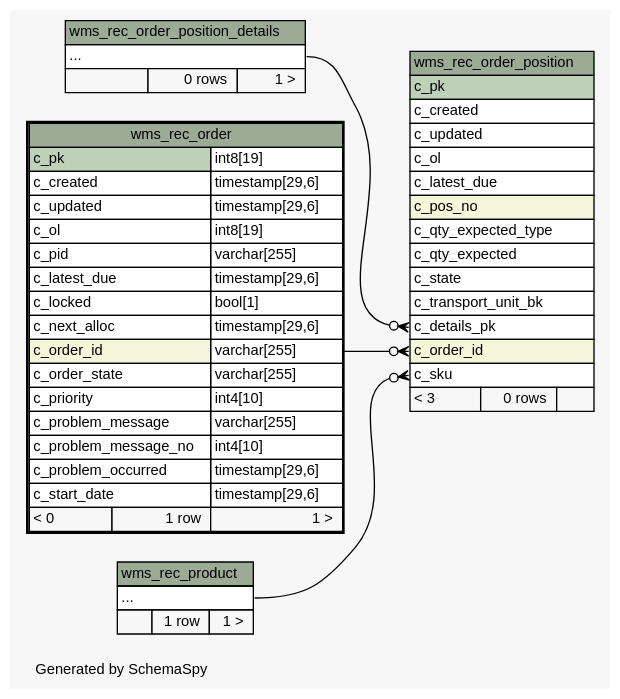
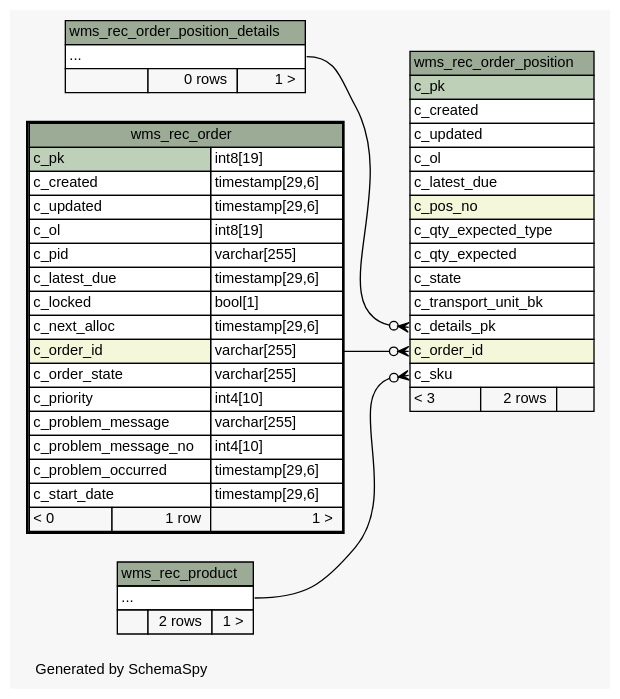
The diagram in schemaspy/diagrams/wms_rec_order.2degrees.dot (openwms/org.openwms.wms.receiving.lib), drawn with Graphviz before and after one commit. The commit also changed 175 other files, not shown here.

```diff
--- a/schemaspy/diagrams/wms_rec_order.2degrees.dot
+++ b/schemaspy/diagrams/wms_rec_order.2degrees.dot
@@ -1,91 +1,91 @@
 // dot 2.36.0 on Linux 4.4.0-101-generic
 // SchemaSpy rev Unknown
 digraph "twoDegreesRelationshipsDiagram" {
   graph [
     rankdir="RL"
     bgcolor="#f7f7f7"
     label="\nGenerated by SchemaSpy"
     labeljust="l"
     nodesep="0.18"
     ranksep="0.46"
     fontname="Helvetica"
     fontsize="11"
   ];
   node [
     fontname="Helvetica"
     fontsize="11"
     shape="plaintext"
   ];
   edge [
     arrowsize="0.8"
   ];
   "wms_rec_order_position":"c_details_pk":w -> "wms_rec_order_position_details":"elipses":e [arrowhead=none dir=back arrowtail=crowodot];
   "wms_rec_order_position":"c_order_id":w -> "wms_rec_order":"c_order_id.type":e [arrowhead=none dir=back arrowtail=crowodot];
   "wms_rec_order_position":"c_sku":w -> "wms_rec_product":"elipses":e [arrowhead=none dir=back arrowtail=crowodot];
   "wms_rec_order" [
     label=<
     <TABLE BORDER="2" CELLBORDER="1" CELLSPACING="0" BGCOLOR="#ffffff">
       <TR><TD COLSPAN="3" BGCOLOR="#9bab96" ALIGN="CENTER">wms_rec_order</TD></TR>
       <TR><TD PORT="c_pk" COLSPAN="2" BGCOLOR="#bed1b8" ALIGN="LEFT">c_pk</TD><TD PORT="c_pk.type" ALIGN="LEFT">int8[19]</TD></TR>
       <TR><TD PORT="c_created" COLSPAN="2" ALIGN="LEFT">c_created</TD><TD PORT="c_created.type" ALIGN="LEFT">timestamp[29,6]</TD></TR>
       <TR><TD PORT="c_updated" COLSPAN="2" ALIGN="LEFT">c_updated</TD><TD PORT="c_updated.type" ALIGN="LEFT">timestamp[29,6]</TD></TR>
       <TR><TD PORT="c_ol" COLSPAN="2" ALIGN="LEFT">c_ol</TD><TD PORT="c_ol.type" ALIGN="LEFT">int8[19]</TD></TR>
       <TR><TD PORT="c_pid" COLSPAN="2" ALIGN="LEFT">c_pid</TD><TD PORT="c_pid.type" ALIGN="LEFT">varchar[255]</TD></TR>
       <TR><TD PORT="c_latest_due" COLSPAN="2" ALIGN="LEFT">c_latest_due</TD><TD PORT="c_latest_due.type" ALIGN="LEFT">timestamp[29,6]</TD></TR>
       <TR><TD PORT="c_locked" COLSPAN="2" ALIGN="LEFT">c_locked</TD><TD PORT="c_locked.type" ALIGN="LEFT">bool[1]</TD></TR>
       <TR><TD PORT="c_next_alloc" COLSPAN="2" ALIGN="LEFT">c_next_alloc</TD><TD PORT="c_next_alloc.type" ALIGN="LEFT">timestamp[29,6]</TD></TR>
       <TR><TD PORT="c_order_id" COLSPAN="2" BGCOLOR="#f4f7da" ALIGN="LEFT">c_order_id</TD><TD PORT="c_order_id.type" ALIGN="LEFT">varchar[255]</TD></TR>
       <TR><TD PORT="c_order_state" COLSPAN="2" ALIGN="LEFT">c_order_state</TD><TD PORT="c_order_state.type" ALIGN="LEFT">varchar[255]</TD></TR>
       <TR><TD PORT="c_priority" COLSPAN="2" ALIGN="LEFT">c_priority</TD><TD PORT="c_priority.type" ALIGN="LEFT">int4[10]</TD></TR>
       <TR><TD PORT="c_problem_message" COLSPAN="2" ALIGN="LEFT">c_problem_message</TD><TD PORT="c_problem_message.type" ALIGN="LEFT">varchar[255]</TD></TR>
       <TR><TD PORT="c_problem_message_no" COLSPAN="2" ALIGN="LEFT">c_problem_message_no</TD><TD PORT="c_problem_message_no.type" ALIGN="LEFT">int4[10]</TD></TR>
       <TR><TD PORT="c_problem_occurred" COLSPAN="2" ALIGN="LEFT">c_problem_occurred</TD><TD PORT="c_problem_occurred.type" ALIGN="LEFT">timestamp[29,6]</TD></TR>
       <TR><TD PORT="c_start_date" COLSPAN="2" ALIGN="LEFT">c_start_date</TD><TD PORT="c_start_date.type" ALIGN="LEFT">timestamp[29,6]</TD></TR>
       <TR><TD ALIGN="LEFT" BGCOLOR="#f7f7f7">&lt; 0</TD><TD ALIGN="RIGHT" BGCOLOR="#f7f7f7">1 row</TD><TD ALIGN="RIGHT" BGCOLOR="#f7f7f7">1 &gt;</TD></TR>
     </TABLE>>
     URL="wms_rec_order.html"
     tooltip="wms_rec_order"
   ];
   "wms_rec_order_position" [
     label=<
     <TABLE BORDER="0" CELLBORDER="1" CELLSPACING="0" BGCOLOR="#ffffff">
       <TR><TD COLSPAN="3" BGCOLOR="#9bab96" ALIGN="CENTER">wms_rec_order_position</TD></TR>
       <TR><TD PORT="c_pk" COLSPAN="3" BGCOLOR="#bed1b8" ALIGN="LEFT">c_pk</TD></TR>
       <TR><TD PORT="c_created" COLSPAN="3" ALIGN="LEFT">c_created</TD></TR>
       <TR><TD PORT="c_updated" COLSPAN="3" ALIGN="LEFT">c_updated</TD></TR>
       <TR><TD PORT="c_ol" COLSPAN="3" ALIGN="LEFT">c_ol</TD></TR>
       <TR><TD PORT="c_latest_due" COLSPAN="3" ALIGN="LEFT">c_latest_due</TD></TR>
       <TR><TD PORT="c_pos_no" COLSPAN="3" BGCOLOR="#f4f7da" ALIGN="LEFT">c_pos_no</TD></TR>
       <TR><TD PORT="c_qty_expected_type" COLSPAN="3" ALIGN="LEFT">c_qty_expected_type</TD></TR>
       <TR><TD PORT="c_qty_expected" COLSPAN="3" ALIGN="LEFT">c_qty_expected</TD></TR>
       <TR><TD PORT="c_state" COLSPAN="3" ALIGN="LEFT">c_state</TD></TR>
       <TR><TD PORT="c_transport_unit_bk" COLSPAN="3" ALIGN="LEFT">c_transport_unit_bk</TD></TR>
       <TR><TD PORT="c_details_pk" COLSPAN="3" ALIGN="LEFT">c_details_pk</TD></TR>
       <TR><TD PORT="c_order_id" COLSPAN="3" BGCOLOR="#f4f7da" ALIGN="LEFT">c_order_id</TD></TR>
       <TR><TD PORT="c_sku" COLSPAN="3" ALIGN="LEFT">c_sku</TD></TR>
-      <TR><TD ALIGN="LEFT" BGCOLOR="#f7f7f7">&lt; 3</TD><TD ALIGN="RIGHT" BGCOLOR="#f7f7f7">0 rows</TD><TD ALIGN="RIGHT" BGCOLOR="#f7f7f7">  </TD></TR>
+      <TR><TD ALIGN="LEFT" BGCOLOR="#f7f7f7">&lt; 3</TD><TD ALIGN="RIGHT" BGCOLOR="#f7f7f7">2 rows</TD><TD ALIGN="RIGHT" BGCOLOR="#f7f7f7">  </TD></TR>
     </TABLE>>
     URL="wms_rec_order_position.html"
     tooltip="wms_rec_order_position"
   ];
   "wms_rec_order_position_details" [
     label=<
     <TABLE BORDER="0" CELLBORDER="1" CELLSPACING="0" BGCOLOR="#ffffff">
       <TR><TD COLSPAN="3" BGCOLOR="#9bab96" ALIGN="CENTER">wms_rec_order_position_details</TD></TR>
       <TR><TD PORT="elipses" COLSPAN="3" ALIGN="LEFT">...</TD></TR>
       <TR><TD ALIGN="LEFT" BGCOLOR="#f7f7f7">  </TD><TD ALIGN="RIGHT" BGCOLOR="#f7f7f7">0 rows</TD><TD ALIGN="RIGHT" BGCOLOR="#f7f7f7">1 &gt;</TD></TR>
     </TABLE>>
     URL="wms_rec_order_position_details.html"
     tooltip="wms_rec_order_position_details"
   ];
   "wms_rec_product" [
     label=<
     <TABLE BORDER="0" CELLBORDER="1" CELLSPACING="0" BGCOLOR="#ffffff">
       <TR><TD COLSPAN="3" BGCOLOR="#9bab96" ALIGN="CENTER">wms_rec_product</TD></TR>
       <TR><TD PORT="elipses" COLSPAN="3" ALIGN="LEFT">...</TD></TR>
-      <TR><TD ALIGN="LEFT" BGCOLOR="#f7f7f7">  </TD><TD ALIGN="RIGHT" BGCOLOR="#f7f7f7">1 row</TD><TD ALIGN="RIGHT" BGCOLOR="#f7f7f7">1 &gt;</TD></TR>
+      <TR><TD ALIGN="LEFT" BGCOLOR="#f7f7f7">  </TD><TD ALIGN="RIGHT" BGCOLOR="#f7f7f7">2 rows</TD><TD ALIGN="RIGHT" BGCOLOR="#f7f7f7">1 &gt;</TD></TR>
     </TABLE>>
     URL="wms_rec_product.html"
     tooltip="wms_rec_product"
   ];
 }
```
